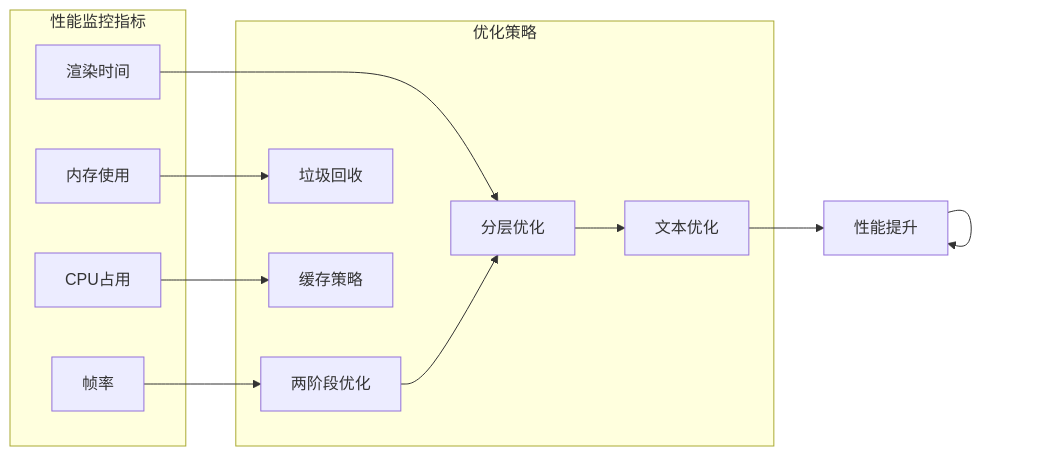
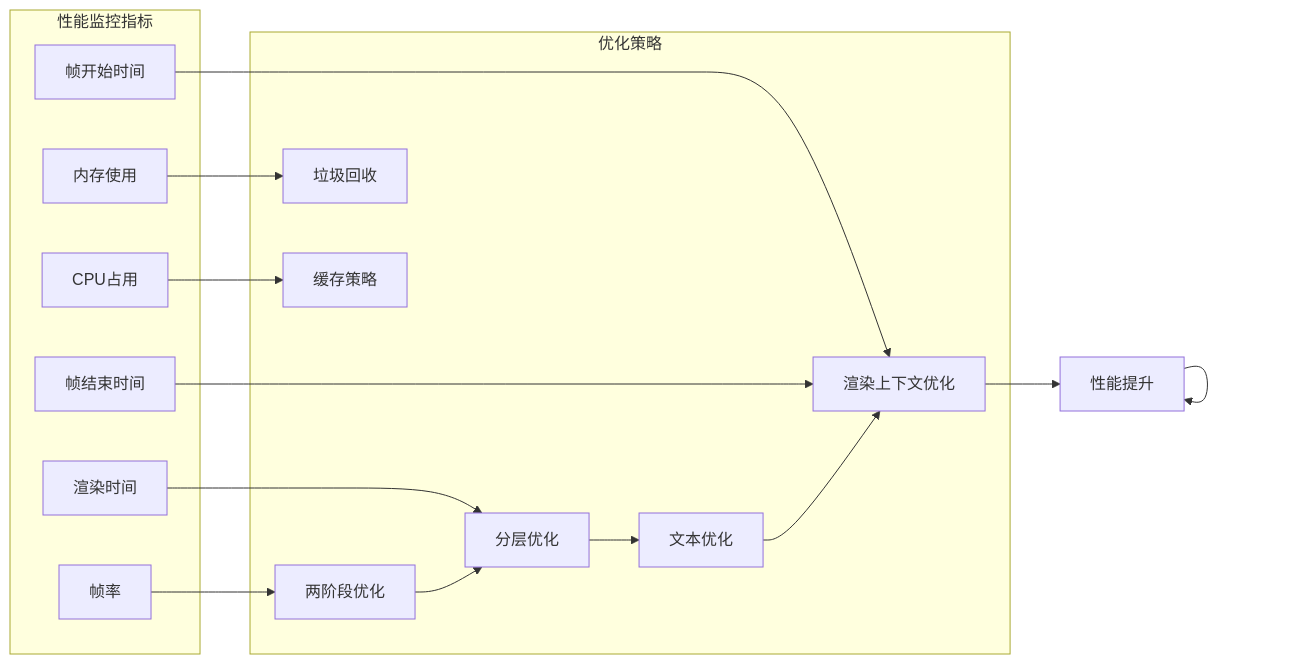
Diagram 11 of 11 in .qoder/repowiki/zh/content/C++渲染层/BaseRenderer基础渲染器.md (xingye00186/PHP-Data-UI-Framework-powered-by-swooleAOT), drawn with Mermaid before and after one commit. The commit also changed other lines of this file and 10 other files, not shown here.

````diff
--- a/.qoder/repowiki/zh/content/C++渲染层/BaseRenderer基础渲染器.md
+++ b/.qoder/repowiki/zh/content/C++渲染层/BaseRenderer基础渲染器.md
@@ -458,24 +619,30 @@
 ```mermaid
 flowchart LR
 subgraph "性能监控指标"
 FPS[帧率]
 RenderTime[渲染时间]
 Memory[内存使用]
 CPU[CPU占用]
+EndFrameTime[帧结束时间]
+BeginFrameTime[帧开始时间]
 end
 subgraph "优化策略"
 TwoPhase[两阶段优化]
 LayerOpt[分层优化]
 TextOpt[文本优化]
 GC[垃圾回收]
 Cache[缓存策略]
+CtxOpt[渲染上下文优化]
 end
 FPS --> TwoPhase
 RenderTime --> LayerOpt
 Memory --> GC
 CPU --> Cache
+BeginFrameTime --> CtxOpt
+EndFrameTime --> CtxOpt
 TwoPhase --> LayerOpt
 LayerOpt --> TextOpt
-TextOpt --> Optimize[性能提升]
+TextOpt --> CtxOpt
+CtxOpt --> Optimize[性能提升]
 Optimize --> Optimize
 ```
````
